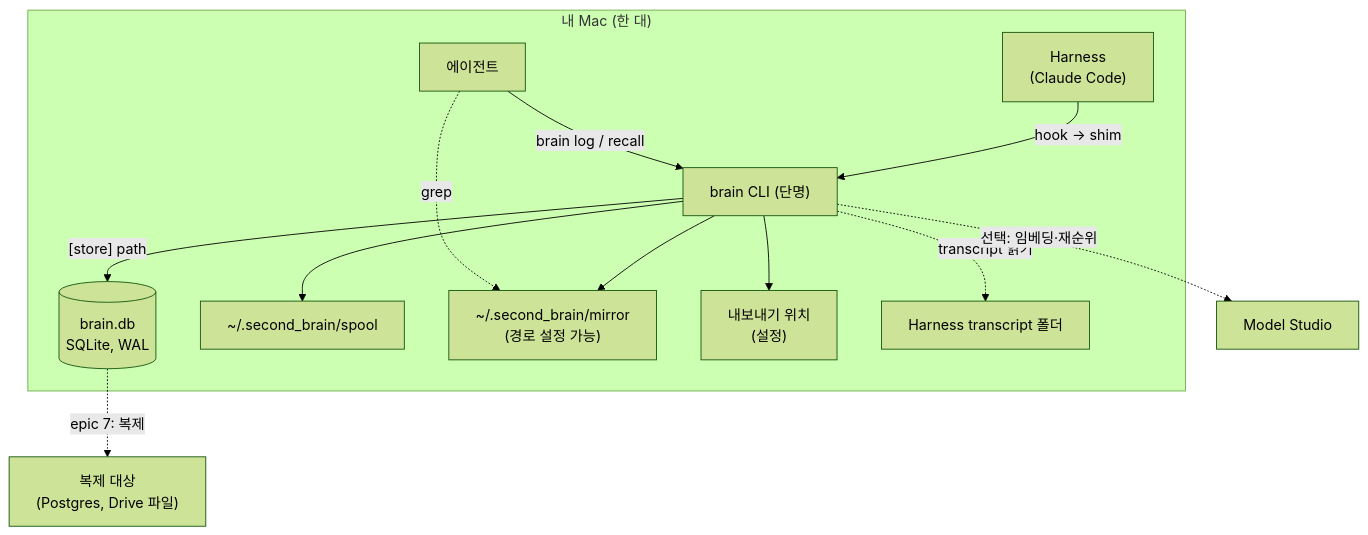
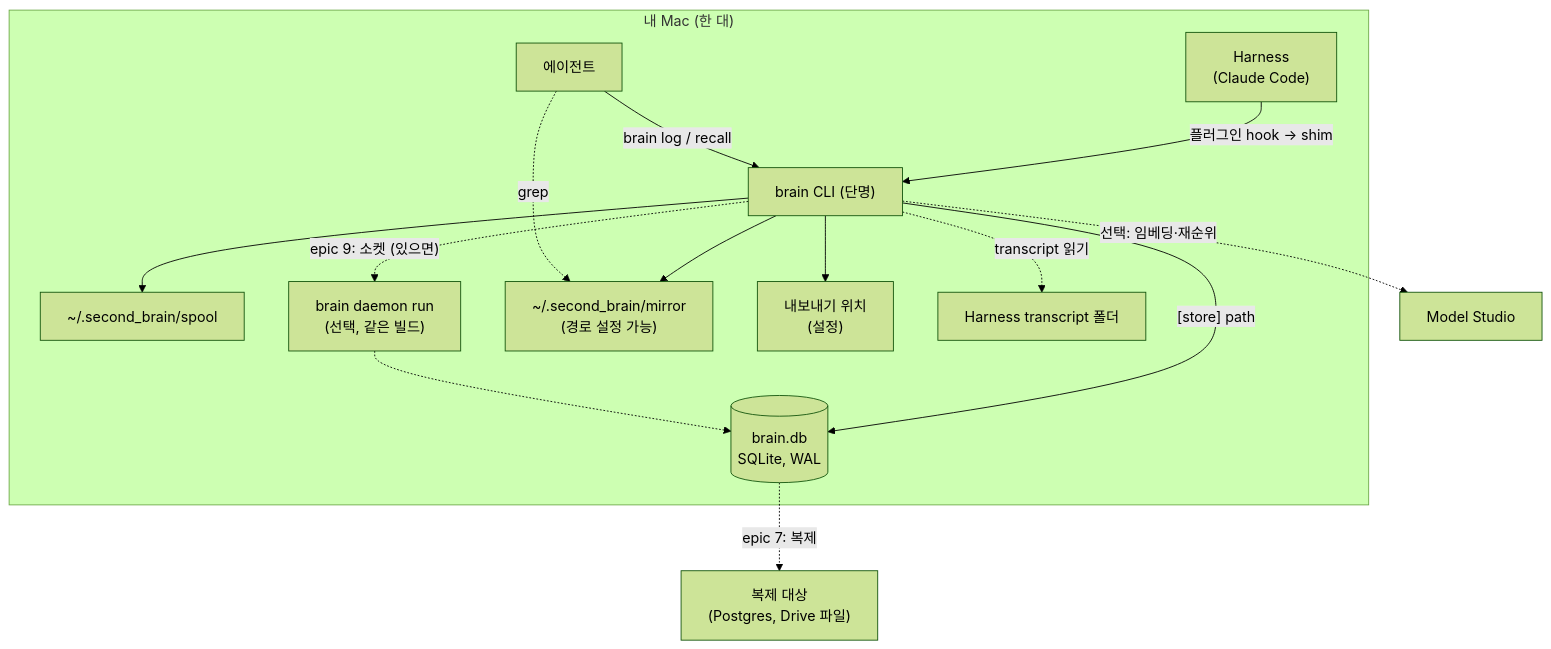
Before and after one commit to gmae199boy/second-brain: the fourth of 4 diagrams in _bmad-output/personal-brain/architecture-brain-v1-slice-1/architecture-brain-v1-slice-1.md, drawn with Mermaid (forest theme). The commit also changed other lines of this file and 19 other files, not shown here.

First line of the commit message:
docs: change B — plugin as the Claude Code entry point, daemon and MCP planned as epic 9, WeKnora patterns absorbed into the spine

````diff
--- a/_bmad-output/personal-brain/architecture-brain-v1-slice-1/architecture-brain-v1-slice-1.md
+++ b/_bmad-output/personal-brain/architecture-brain-v1-slice-1/architecture-brain-v1-slice-1.md
@@ -451,15 +492,17 @@
 ```mermaid
 flowchart TB
   subgraph mac["내 Mac (한 대)"]
-    harness["Harness<br/>(Claude Code)"] -- "hook → shim" --> brain["brain CLI (단명)"]
+    harness["Harness<br/>(Claude Code)"] -- "플러그인 hook → shim" --> brain["brain CLI (단명)"]
     agent["에이전트"] -- "brain log / recall" --> brain
     brain -- "[store] path" --> db[("brain.db<br/>SQLite, WAL")]
     brain --> spool["~/.second_brain/spool"]
+    brain -. "epic 9: 소켓 (있으면)" .-> daemon["brain daemon run<br/>(선택, 같은 빌드)"]
+    daemon -.-> db
     brain --> mirror["~/.second_brain/mirror<br/>(경로 설정 가능)"]
     brain --> exp["내보내기 위치<br/>(설정)"]
     brain -. "transcript 읽기" .-> tr["Harness transcript 폴더"]
     agent -. "grep" .-> mirror
   end
   brain -. "선택: 임베딩·재순위" .-> ms["Model Studio"]
   db -. "epic 7: 복제" .-> rep["복제 대상<br/>(Postgres, Drive 파일)"]
 ```
````
